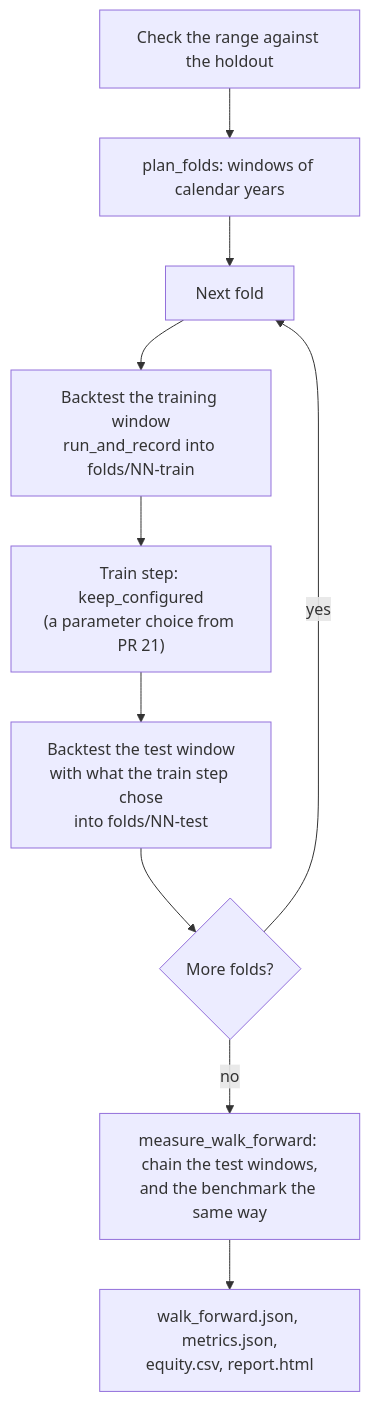
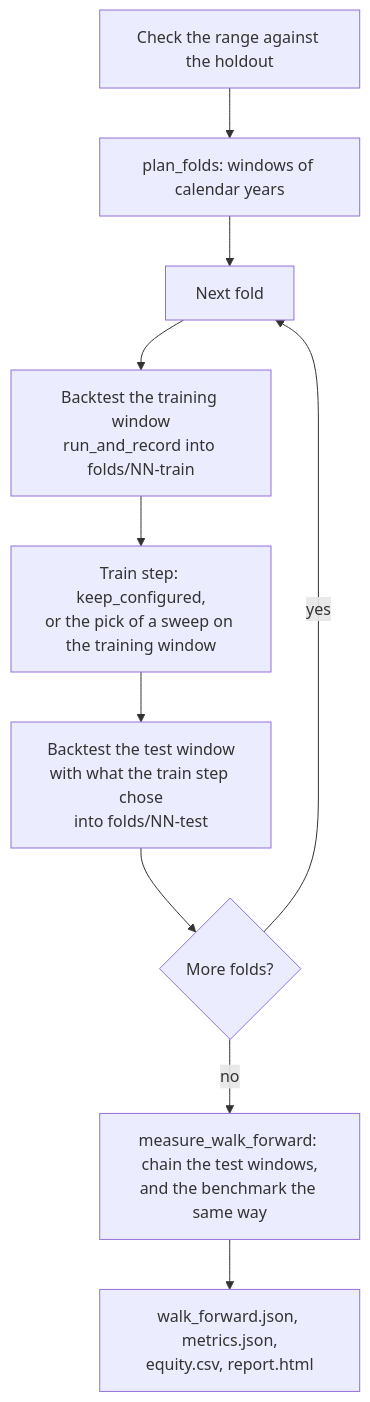
Before and after one commit to jpra0204/Tyche: the fifth of 6 diagrams in docs/developer-guide/backtesting-internals.md, drawn with Mermaid. The commit also changed other lines of this file and 36 other files, not shown here.

````diff
--- a/docs/developer-guide/backtesting-internals.md
+++ b/docs/developer-guide/backtesting-internals.md
@@ -242,12 +242,12 @@
 ```mermaid
 flowchart TD
     A[Check the range against the holdout] --> B["plan_folds: windows of calendar years"]
     B --> C[Next fold]
     C --> D[Backtest the training window<br/>run_and_record into folds/NN-train]
-    D --> E["Train step: keep_configured<br/>(a parameter choice from PR 21)"]
+    D --> E["Train step: keep_configured,<br/>or the pick of a sweep on the training window"]
     E --> F[Backtest the test window<br/>with what the train step chose<br/>into folds/NN-test]
     F --> G{More folds?}
     G -- yes --> C
     G -- no --> H["measure_walk_forward: chain the test windows,<br/>and the benchmark the same way"]
     H --> I[walk_forward.json, metrics.json,<br/>equity.csv, report.html]
 ```
````
